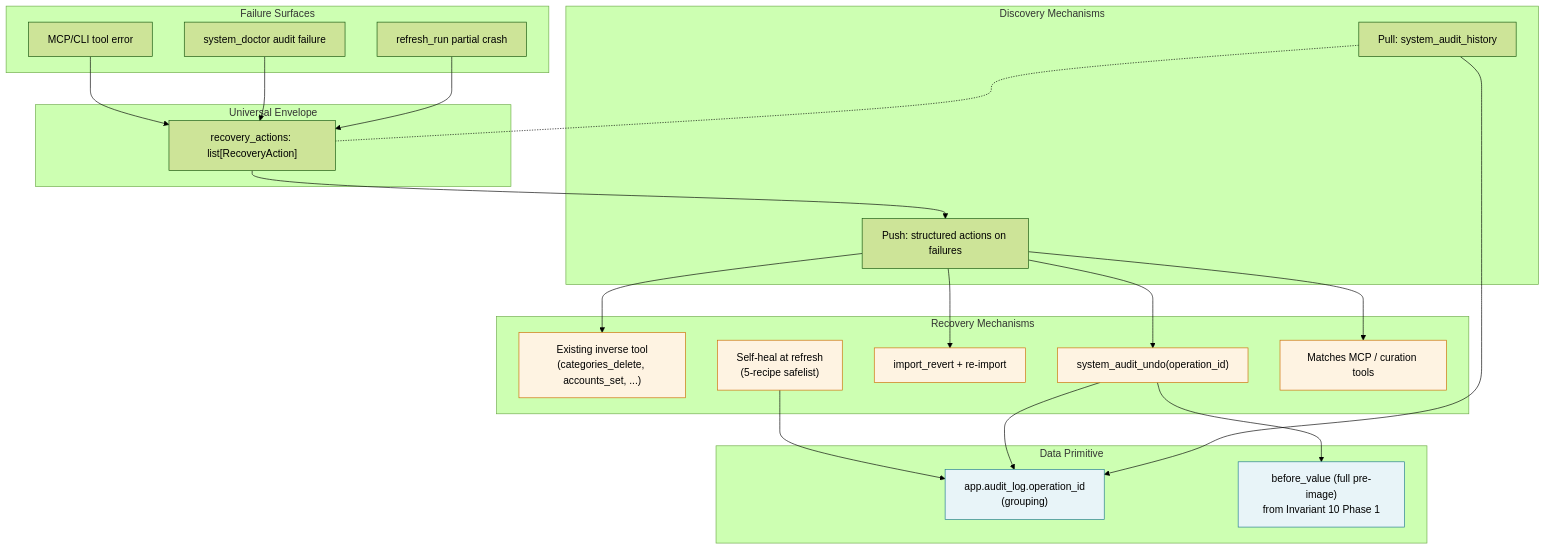
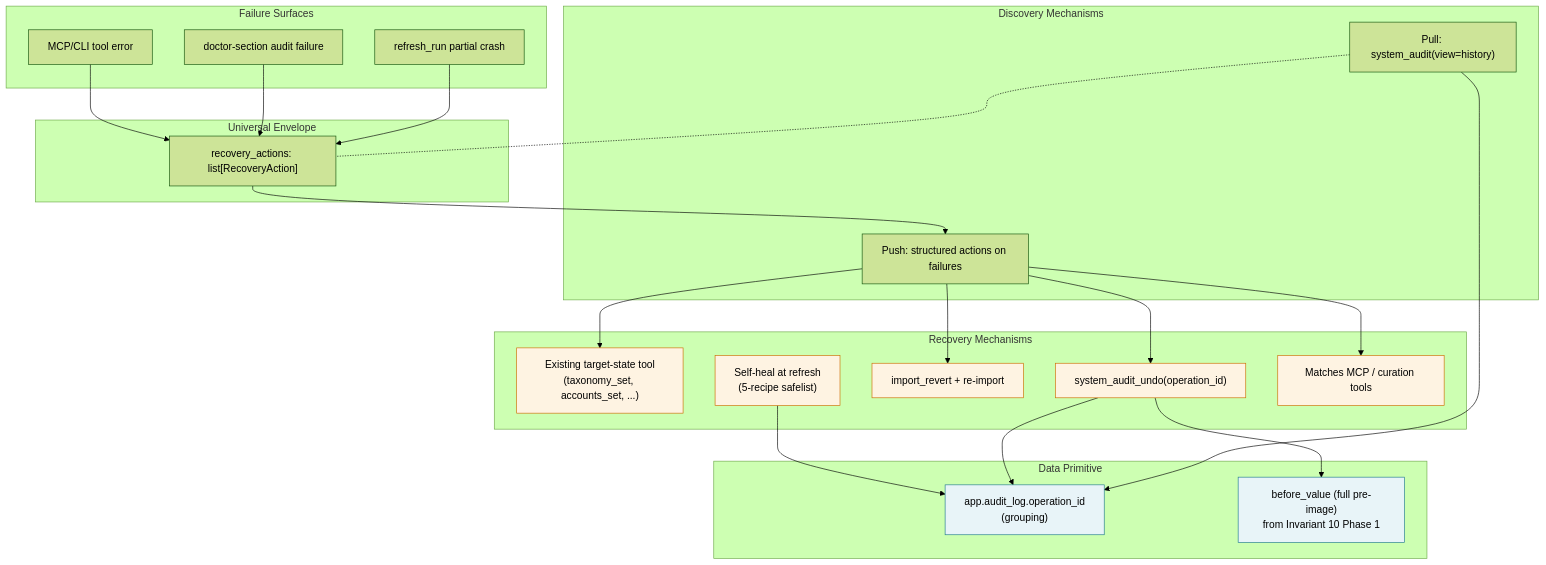
Before and after one commit to bsaffel/moneybin: the diagram in docs/specs/data-recovery-contract.md, drawn with Mermaid (forest theme). The commit also changed other lines of this file and 6 other files, not shown here.

````diff
--- a/docs/specs/data-recovery-contract.md
+++ b/docs/specs/data-recovery-contract.md
@@ -274,52 +303,52 @@
 ```mermaid
 flowchart TB
     subgraph Surfaces[Failure Surfaces]
         Err["MCP/CLI tool error"]
-        Aud["system_doctor audit failure"]
+        Aud["doctor-section audit failure"]
         Ref["refresh_run partial crash"]
     end
 
     subgraph Envelope[Universal Envelope]
         RA["recovery_actions: list[RecoveryAction]"]
     end
 
     subgraph Discovery[Discovery Mechanisms]
         Push["Push: structured actions on failures"]
-        Pull["Pull: system_audit_history"]
+        Pull["Pull: system_audit(view=history)"]
     end
 
     subgraph Mechanisms[Recovery Mechanisms]
-        ExTool["Existing inverse tool<br/>(categories_delete, accounts_set, ...)"]
+        ExTool["Existing target-state tool<br/>(taxonomy_set, accounts_set, ...)"]
         Undo["system_audit_undo(operation_id)"]
         Revert["import_revert + re-import"]
         Heal["Self-heal at refresh<br/>(5-recipe safelist)"]
         DomTool["Matches MCP / curation tools"]
     end
 
     subgraph DataPrim[Data Primitive]
         OpId["app.audit_log.operation_id<br/>(grouping)"]
         Pre["before_value (full pre-image)<br/>from Invariant 10 Phase 1"]
     end
 
     Err --> RA
     Aud --> RA
     Ref --> RA
 
     RA --> Push
     Pull -.- RA
 
     Push --> ExTool
     Push --> Undo
     Push --> Revert
     Push --> DomTool
     Heal --> OpId
 
     Undo --> OpId
     Undo --> Pre
     Pull --> OpId
 
     classDef prim fill:#e8f4f8,stroke:#1f7a8c;
     classDef rec fill:#fef3e2,stroke:#cd6c00;
     class OpId,Pre prim;
     class ExTool,Undo,Revert,Heal,DomTool rec;
 ```
````
